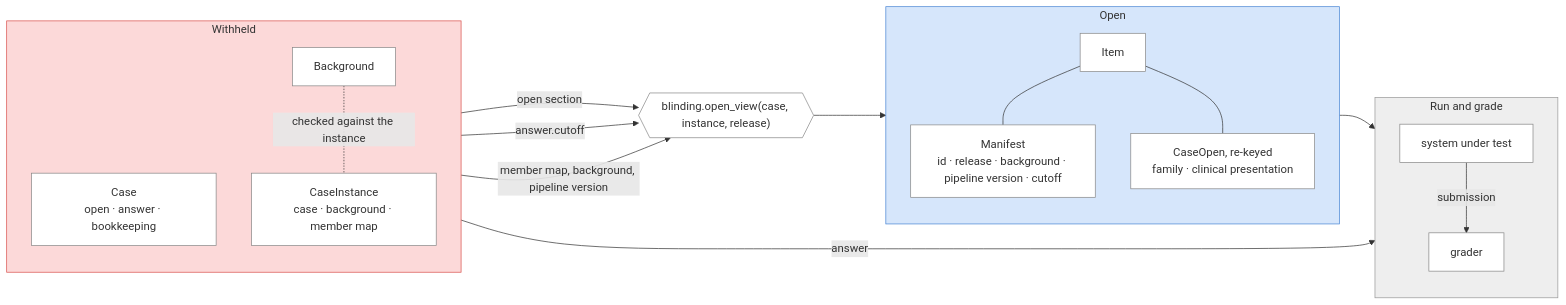
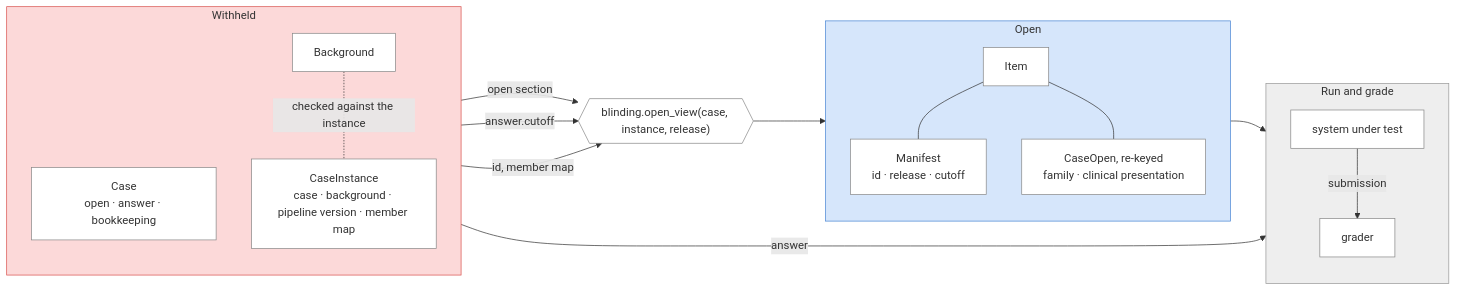
One commit to populationgenomics/rare-disease-benchmark changed the third of 3 diagrams in docs/schema.md. Above: the diagram before and after it, drawn with Mermaid. The commit also changed other lines of this file and 6 other files, not shown here.

First line of the commit message:
schema: keep everything about the build off the open side

````diff
--- a/docs/schema.md
+++ b/docs/schema.md
@@ -287,40 +303,40 @@
 ```mermaid
 flowchart LR
     subgraph W["Withheld"]
         direction TB
         CASE["Case<br/>open · answer · bookkeeping"]
-        INST["CaseInstance<br/>case · background · member map"]
+        INST["CaseInstance<br/>case · background · pipeline version · member map"]
         BG["Background"]
     end
 
     OV{{"blinding.open_view(case, instance, release)"}}
 
     subgraph O["Open"]
         direction TB
         ITEM["Item"]
-        MAN["Manifest<br/>id · release · background · pipeline version · cutoff"]
+        MAN["Manifest<br/>id · release · cutoff"]
         INPUT["CaseOpen, re-keyed<br/>family · clinical presentation"]
         ITEM --- MAN
         ITEM --- INPUT
     end
 
     subgraph G["Run and grade"]
         direction TB
         SUT["system under test"]
         GRADER["grader"]
     end
 
     CASE -- "open section" --> OV
     CASE -- "answer.cutoff" --> OV
-    INST -- "member map, background, pipeline version" --> OV
+    INST -- "id, member map" --> OV
     BG -. "checked against the instance" .- INST
     OV --> ITEM
     ITEM --> SUT
     SUT -- "submission" --> GRADER
     CASE -- "answer" --> GRADER
 
     classDef default fill:#ffffff,stroke:#888888
     style W fill:#fcd9d9,stroke:#d9534f
     style O fill:#d6e6fb,stroke:#4a86d4
     style G fill:#eeeeee,stroke:#999999
 ```
````
